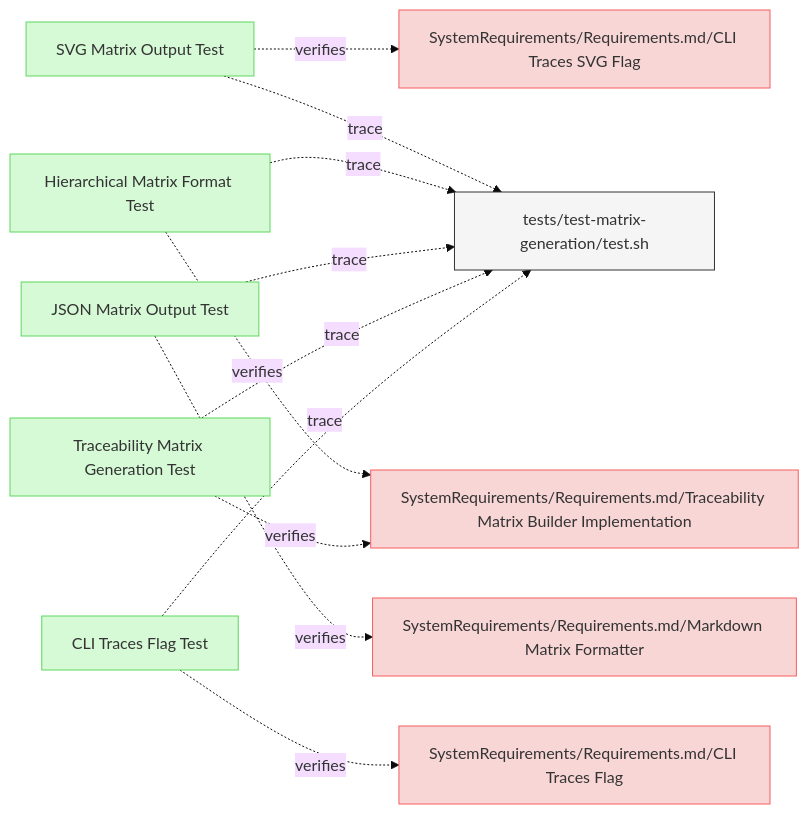
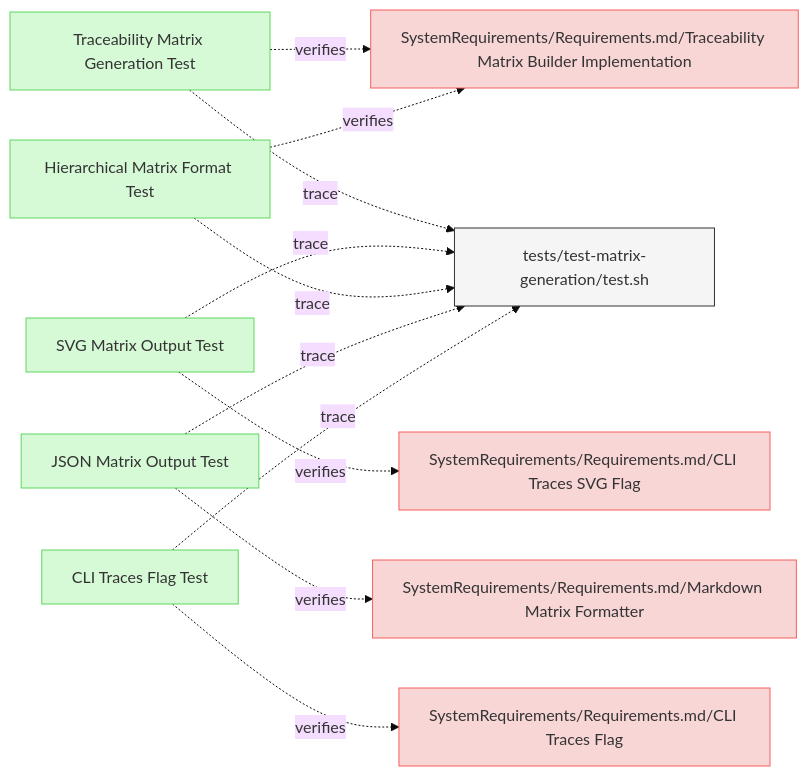
Before and after one commit to reqvire-org/reqvire: the diagram in specifications/Verifications/TreacibilityMatrix.md, drawn with Mermaid (base theme). The commit also changed 17 other files, not shown here.

Commit message:
Auto-generate diagrams after PR merge to main

````diff
--- a/specifications/Verifications/TreacibilityMatrix.md
+++ b/specifications/Verifications/TreacibilityMatrix.md
@@ -6,49 +6,49 @@
 ```mermaid
 graph LR;
   %% Graph styling
   classDef requirement fill:#f9d6d6,stroke:#f55f5f,stroke-width:1px;
   classDef verification fill:#d6f9d6,stroke:#5fd75f,stroke-width:1px;
   classDef externalLink fill:#d0e0ff,stroke:#3080ff,stroke-width:1px;
   classDef default fill:#f5f5f5,stroke:#333333,stroke-width:1px;
 
-  7d354a1a2d95e7df["SVG Matrix Output Test"];
-  click 7d354a1a2d95e7df "https://github.com/ilijaljubicic/ReqFlow/blob/29a17f176519a28e973567d4102beb95f41075ed/specifications/Verifications/TreacibilityMatrix.md#svg-matrix-output-test";
-  class 7d354a1a2d95e7df verification;
-  1ffba11189b9b4c8["SystemRequirements/Requirements.md/CLI Traces SVG Flag"];
-  class 1ffba11189b9b4c8 requirement;
-  click 1ffba11189b9b4c8 "https://github.com/ilijaljubicic/ReqFlow/blob/29a17f176519a28e973567d4102beb95f41075ed/specifications/SystemRequirements/Requirements.md#cli-traces-svg-flag";
-  7d354a1a2d95e7df -.->|verifies| 1ffba11189b9b4c8;
-  aff73dbcfd69f934["tests/test-matrix-generation/test.sh"];
-  class aff73dbcfd69f934 default;
-  click aff73dbcfd69f934 "https://github.com/ilijaljubicic/ReqFlow/blob/29a17f176519a28e973567d4102beb95f41075ed/tests/test-matrix-generation/test.sh";
-  7d354a1a2d95e7df -.->|trace| aff73dbcfd69f934;
-  3428f775a68e0b22["Hierarchical Matrix Format Test"];
-  click 3428f775a68e0b22 "https://github.com/ilijaljubicic/ReqFlow/blob/29a17f176519a28e973567d4102beb95f41075ed/specifications/Verifications/TreacibilityMatrix.md#hierarchical-matrix-format-test";
-  class 3428f775a68e0b22 verification;
-  5eca866a0338e0fe["SystemRequirements/Requirements.md/Traceability Matrix Builder Implementation"];
-  class 5eca866a0338e0fe requirement;
-  click 5eca866a0338e0fe "https://github.com/ilijaljubicic/ReqFlow/blob/29a17f176519a28e973567d4102beb95f41075ed/specifications/SystemRequirements/Requirements.md#traceability-matrix-builder-implementation";
-  3428f775a68e0b22 -.->|verifies| 5eca866a0338e0fe;
-  3428f775a68e0b22 -.->|trace| aff73dbcfd69f934;
-  8014a4337e7a9647["JSON Matrix Output Test"];
-  click 8014a4337e7a9647 "https://github.com/ilijaljubicic/ReqFlow/blob/29a17f176519a28e973567d4102beb95f41075ed/specifications/Verifications/TreacibilityMatrix.md#json-matrix-output-test";
-  class 8014a4337e7a9647 verification;
-  d7e5fbf806d650d9["SystemRequirements/Requirements.md/Markdown Matrix Formatter"];
-  class d7e5fbf806d650d9 requirement;
-  click d7e5fbf806d650d9 "https://github.com/ilijaljubicic/ReqFlow/blob/29a17f176519a28e973567d4102beb95f41075ed/specifications/SystemRequirements/Requirements.md#markdown-matrix-formatter";
-  8014a4337e7a9647 -.->|verifies| d7e5fbf806d650d9;
-  8014a4337e7a9647 -.->|trace| aff73dbcfd69f934;
-  8068778416bcd8a2["Traceability Matrix Generation Test"];
-  click 8068778416bcd8a2 "https://github.com/ilijaljubicic/ReqFlow/blob/29a17f176519a28e973567d4102beb95f41075ed/specifications/Verifications/TreacibilityMatrix.md#traceability-matrix-generation-test";
-  class 8068778416bcd8a2 verification;
-  8068778416bcd8a2 -.->|verifies| 5eca866a0338e0fe;
-  8068778416bcd8a2 -.->|trace| aff73dbcfd69f934;
-  462edeec749b84ff["CLI Traces Flag Test"];
-  click 462edeec749b84ff "https://github.com/ilijaljubicic/ReqFlow/blob/29a17f176519a28e973567d4102beb95f41075ed/specifications/Verifications/TreacibilityMatrix.md#cli-traces-flag-test";
-  class 462edeec749b84ff verification;
-  438a74e06c98c101["SystemRequirements/Requirements.md/CLI Traces Flag"];
-  class 438a74e06c98c101 requirement;
-  click 438a74e06c98c101 "https://github.com/ilijaljubicic/ReqFlow/blob/29a17f176519a28e973567d4102beb95f41075ed/specifications/SystemRequirements/Requirements.md#cli-traces-flag";
-  462edeec749b84ff -.->|verifies| 438a74e06c98c101;
-  462edeec749b84ff -.->|trace| aff73dbcfd69f934;
+  be60a8af7372ee0a["Traceability Matrix Generation Test"];
+  click be60a8af7372ee0a "https://github.com/ilijaljubicic/ReqFlow/blob/73d5ae1d93adea71fdf4cc508be4d1ae09be068f/specifications/Verifications/TreacibilityMatrix.md#traceability-matrix-generation-test";
+  class be60a8af7372ee0a verification;
+  6c01a7a878176f8e["SystemRequirements/Requirements.md/Traceability Matrix Builder Implementation"];
+  class 6c01a7a878176f8e requirement;
+  click 6c01a7a878176f8e "https://github.com/ilijaljubicic/ReqFlow/blob/73d5ae1d93adea71fdf4cc508be4d1ae09be068f/specifications/SystemRequirements/Requirements.md#traceability-matrix-builder-implementation";
+  be60a8af7372ee0a -.->|verifies| 6c01a7a878176f8e;
+  8181b96245658ae6["tests/test-matrix-generation/test.sh"];
+  class 8181b96245658ae6 default;
+  click 8181b96245658ae6 "https://github.com/ilijaljubicic/ReqFlow/blob/73d5ae1d93adea71fdf4cc508be4d1ae09be068f/tests/test-matrix-generation/test.sh";
+  be60a8af7372ee0a -.->|trace| 8181b96245658ae6;
+  249c48bdb655f789["SVG Matrix Output Test"];
+  click 249c48bdb655f789 "https://github.com/ilijaljubicic/ReqFlow/blob/73d5ae1d93adea71fdf4cc508be4d1ae09be068f/specifications/Verifications/TreacibilityMatrix.md#svg-matrix-output-test";
+  class 249c48bdb655f789 verification;
+  3900a99fdbd871ae["SystemRequirements/Requirements.md/CLI Traces SVG Flag"];
+  class 3900a99fdbd871ae requirement;
+  click 3900a99fdbd871ae "https://github.com/ilijaljubicic/ReqFlow/blob/73d5ae1d93adea71fdf4cc508be4d1ae09be068f/specifications/SystemRequirements/Requirements.md#cli-traces-svg-flag";
+  249c48bdb655f789 -.->|verifies| 3900a99fdbd871ae;
+  249c48bdb655f789 -.->|trace| 8181b96245658ae6;
+  14181eb60a73ef7c["Hierarchical Matrix Format Test"];
+  click 14181eb60a73ef7c "https://github.com/ilijaljubicic/ReqFlow/blob/73d5ae1d93adea71fdf4cc508be4d1ae09be068f/specifications/Verifications/TreacibilityMatrix.md#hierarchical-matrix-format-test";
+  class 14181eb60a73ef7c verification;
+  14181eb60a73ef7c -.->|verifies| 6c01a7a878176f8e;
+  14181eb60a73ef7c -.->|trace| 8181b96245658ae6;
+  7582e06e915deadc["JSON Matrix Output Test"];
+  click 7582e06e915deadc "https://github.com/ilijaljubicic/ReqFlow/blob/73d5ae1d93adea71fdf4cc508be4d1ae09be068f/specifications/Verifications/TreacibilityMatrix.md#json-matrix-output-test";
+  class 7582e06e915deadc verification;
+  6deadc5fd3fd1500["SystemRequirements/Requirements.md/Markdown Matrix Formatter"];
+  class 6deadc5fd3fd1500 requirement;
+  click 6deadc5fd3fd1500 "https://github.com/ilijaljubicic/ReqFlow/blob/73d5ae1d93adea71fdf4cc508be4d1ae09be068f/specifications/SystemRequirements/Requirements.md#markdown-matrix-formatter";
+  7582e06e915deadc -.->|verifies| 6deadc5fd3fd1500;
+  7582e06e915deadc -.->|trace| 8181b96245658ae6;
+  b34b1cd71d53a29["CLI Traces Flag Test"];
+  click b34b1cd71d53a29 "https://github.com/ilijaljubicic/ReqFlow/blob/73d5ae1d93adea71fdf4cc508be4d1ae09be068f/specifications/Verifications/TreacibilityMatrix.md#cli-traces-flag-test";
+  class b34b1cd71d53a29 verification;
+  99fe584a54368e2c["SystemRequirements/Requirements.md/CLI Traces Flag"];
+  class 99fe584a54368e2c requirement;
+  click 99fe584a54368e2c "https://github.com/ilijaljubicic/ReqFlow/blob/73d5ae1d93adea71fdf4cc508be4d1ae09be068f/specifications/SystemRequirements/Requirements.md#cli-traces-flag";
+  b34b1cd71d53a29 -.->|verifies| 99fe584a54368e2c;
+  b34b1cd71d53a29 -.->|trace| 8181b96245658ae6;
 ```
````
